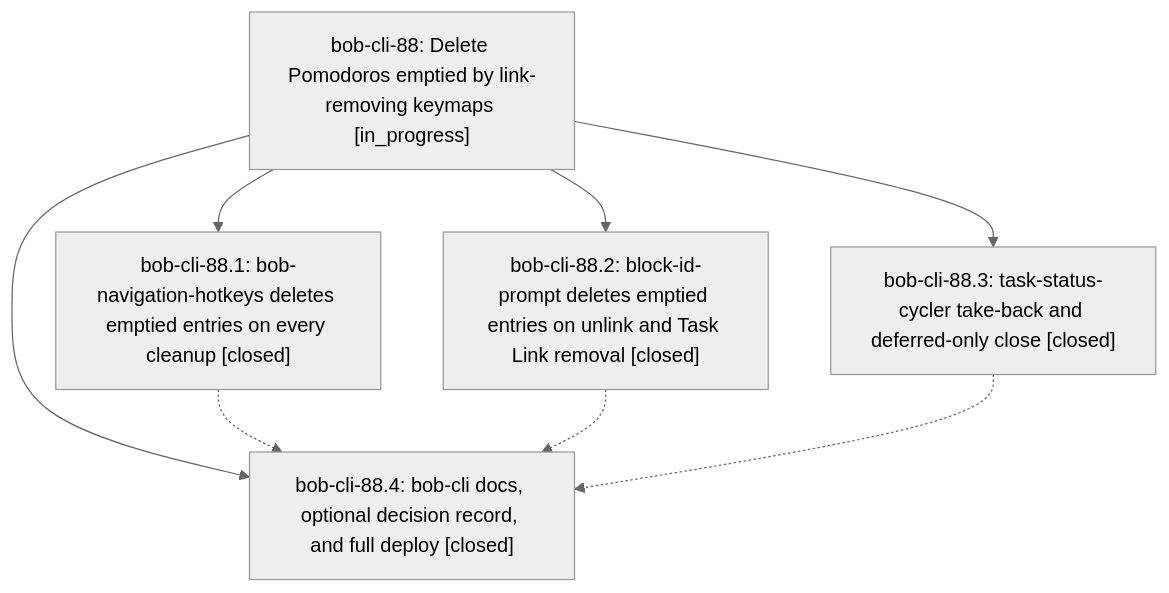
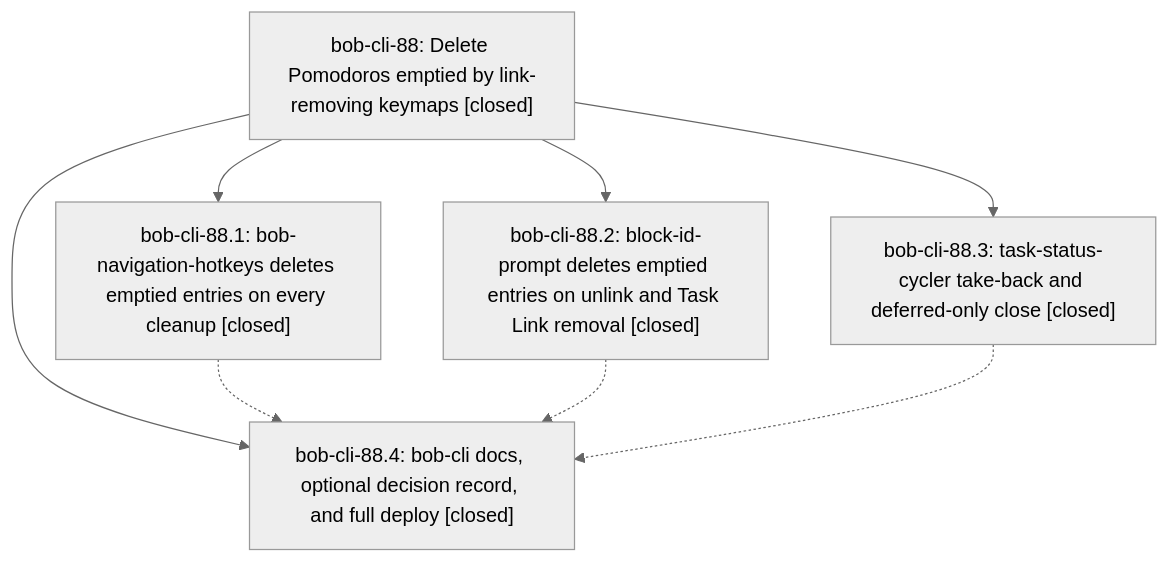
Before and after one commit to bobs-org/bob-cli--beads: the diagram in pages/bob-cli-88/README.md, drawn with Mermaid (neutral theme). The commit also changed other lines of this file and 1 other file, not shown here.

First line of the commit message:
chore(beads): sync bead state and pages for bob-cli-88

````diff
--- a/pages/bob-cli-88/README.md
+++ b/pages/bob-cli-88/README.md
@@ -39,15 +52,15 @@
 ```mermaid
 flowchart TD
-    n0["bob-cli-88: Delete Pomodoros emptied by link-removing keymaps [in_progress]"]
+    n0["bob-cli-88: Delete Pomodoros emptied by link-removing keymaps [closed]"]
     n1["bob-cli-88.1: bob-navigation-hotkeys deletes emptied entries on every cleanup [closed]"]
     n2["bob-cli-88.2: block-id-prompt deletes emptied entries on unlink and Task Link removal [closed]"]
     n3["bob-cli-88.3: task-status-cycler take-back and deferred-only close [closed]"]
     n4["bob-cli-88.4: bob-cli docs, optional decision record, and full deploy [closed]"]
     n0 --> n1
     n0 --> n2
     n0 --> n3
     n0 --> n4
     n1 -.-> n4
     n2 -.-> n4
     n3 -.-> n4
 ```
````
